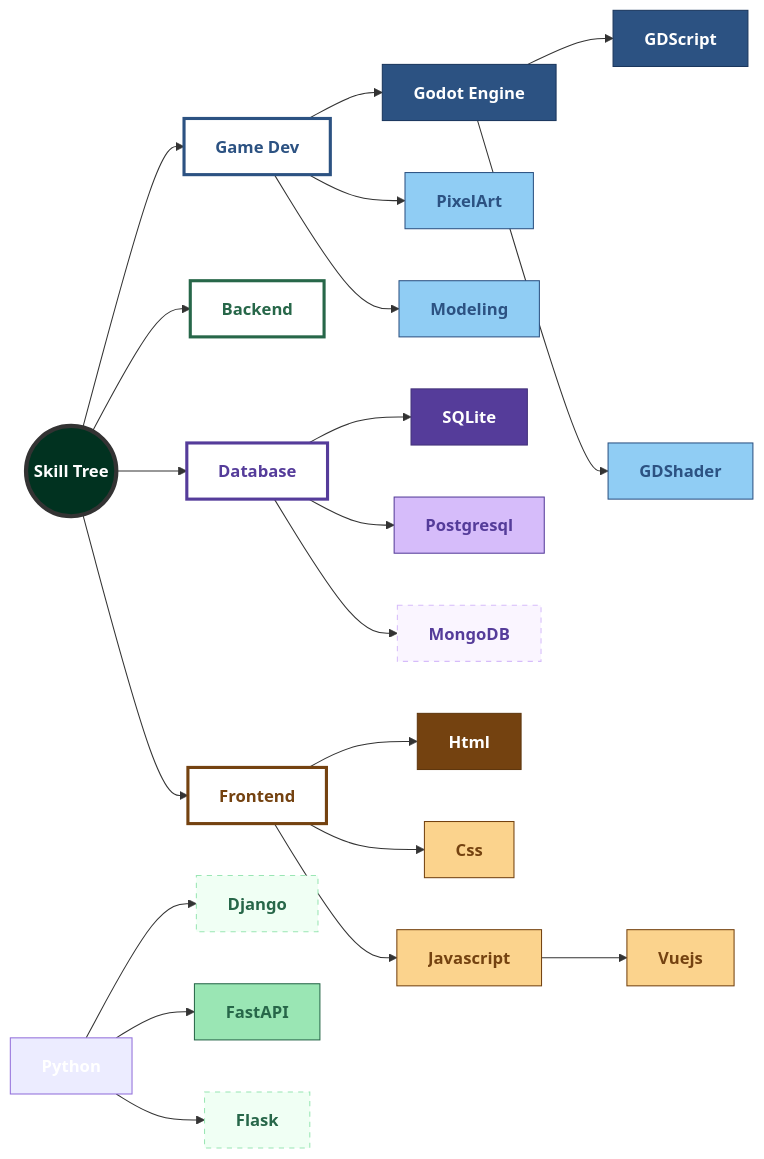
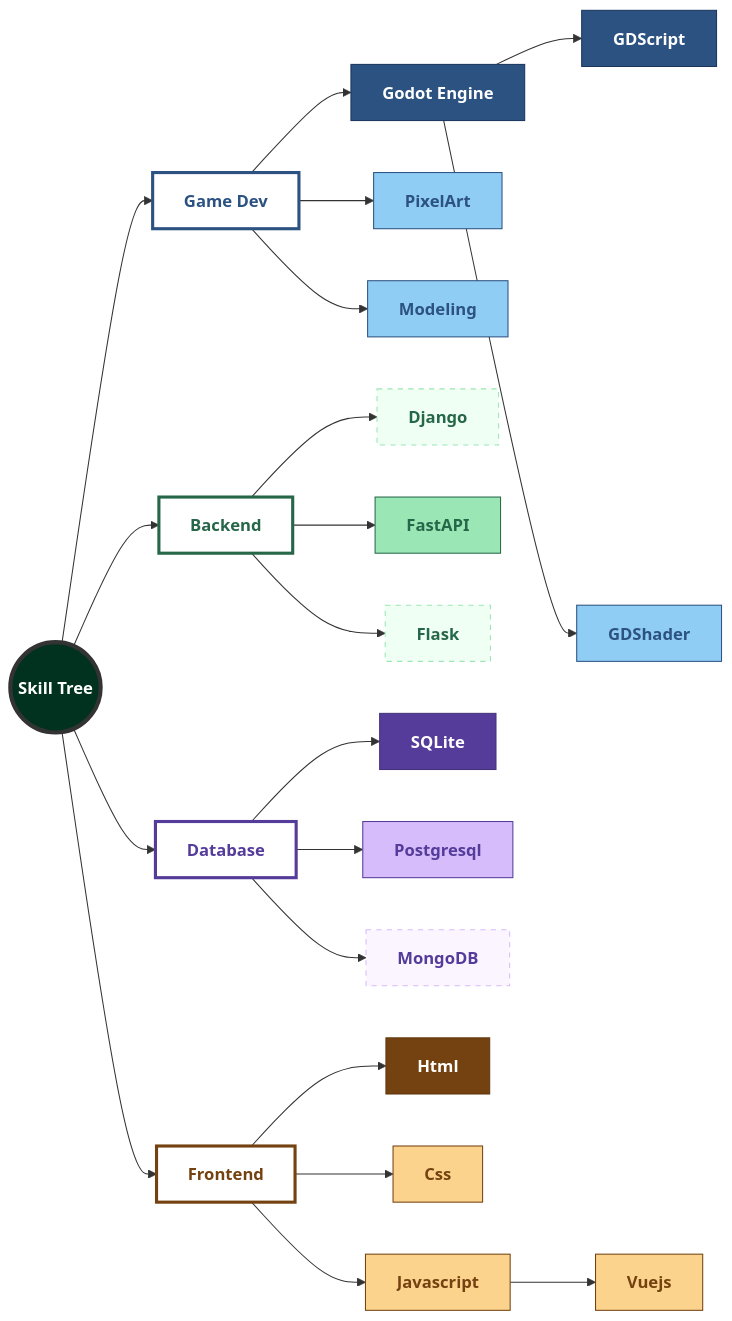
One commit to tdbbbfps/tdbbbfps changed the diagram in README.md. Above: the diagram before and after it, drawn with Mermaid.

Commit message:
Refactor backend framework references in README

````diff
--- a/README.md
+++ b/README.md
@@ -18,60 +18,60 @@
 ```mermaid
 flowchart LR
     classDef root fill:#013220,color:#fff,stroke:#333,stroke-width:4px,font-weight:bold;
     
     %% Branch styles
     classDef g_root fill:#fff,color:#2C5282,stroke:#2C5282,stroke-width:3px,font-weight:bold;
     classDef b_root fill:#fff,color:#276749,stroke:#276749,stroke-width:3px,font-weight:bold;
     classDef f_root fill:#fff,color:#744210,stroke:#744210,stroke-width:3px,font-weight:bold;
     classDef d_root fill:#fff,color:#553C9A,stroke:#553C9A,stroke-width:3px,font-weight:bold;
 
     %% Game dev styles
     classDef g_master fill:#2C5282,color:#fff,stroke:#1A365D;
     classDef g_learning fill:#90CDF4,color:#2C5282,stroke:#2C5282;
     classDef g_planned fill:#EBF8FF,color:#2C5282,stroke:#90CDF4,stroke-dasharray: 5 5;
 
     %% Backend styles
     classDef b_master fill:#276749,color:#fff,stroke:#1C4532;
     classDef b_learning fill:#9AE6B4,color:#276749,stroke:#276749;
     classDef b_planned fill:#F0FFF4,color:#276749,stroke:#9AE6B4,stroke-dasharray: 5 5;
 
     %% Frontend styles
     classDef f_master fill:#744210,color:#fff,stroke:#5F370E;
     classDef f_learning fill:#FBD38D,color:#744210,stroke:#744210;
     classDef f_planned fill:#FFFAF0,color:#744210,stroke:#FBD38D,stroke-dasharray: 5 5;
 
     %% Database styles
     classDef d_master fill:#553C9A,color:#fff,stroke:#44337A;
     classDef d_learning fill:#D6BCFA,color:#553C9A,stroke:#553C9A;
     classDef d_planned fill:#FAF5FF,color:#553C9A,stroke:#D6BCFA,stroke-dasharray: 5 5;
 
     %% Skill tree
     Root((Skill Tree)):::root
 
     %% Game dev branch
     Root --> GameDev[Game Dev]:::g_root
     GameDev --> Godot[Godot Engine]:::g_master
     Godot --> GDScript[GDScript]:::g_master
     Godot --> GDShader[GDShader]:::g_learning
     GameDev --> PixelArt[PixelArt]:::g_learning
     GameDev --> Modeling[Modeling]:::g_learning
 
     %% Backend branch
     Root --> Backend[Backend]:::b_root
-    Python --> Django[Django]:::b_planned
-    Python --> FastAPI[FastAPI]:::b_learning
-    Python --> Flask[Flask]:::b_planned
+    Backend --> Django[Django]:::b_planned
+    Backend --> FastAPI[FastAPI]:::b_learning
+    Backend --> Flask[Flask]:::b_planned
 
     %% Database branch
     Root --> Database[Database]:::d_root
     Database --> SQLite[SQLite]:::d_master
     Database --> Postgresql[Postgresql]:::d_learning
     Database --> MongoDB[MongoDB]:::d_planned
     
     %% Frontend branch
     Root --> Frontend[Frontend]:::f_root
     Frontend --> Html[Html]:::f_master
     Frontend --> Css[Css]:::f_learning
     Frontend --> Javascript[Javascript]:::f_learning
     Javascript --> Vuejs[Vuejs]:::f_learning
 ```
````
